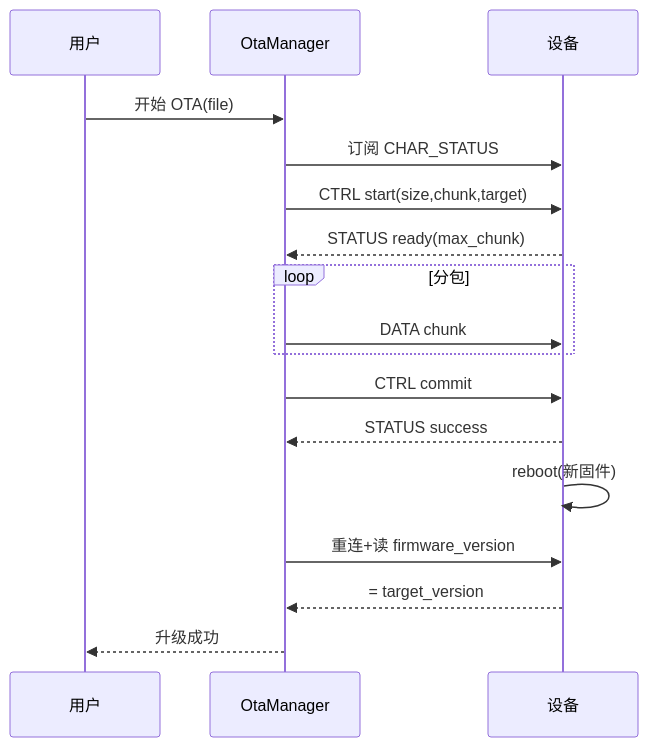
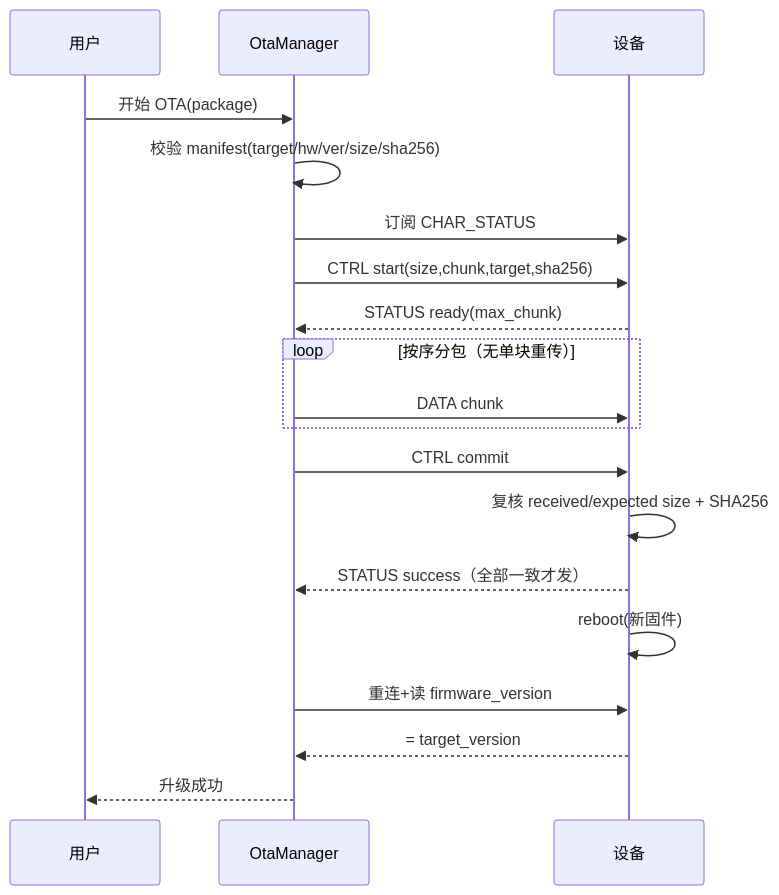
One commit to LuoYaoSheng/smart-ble changed diagram 18 of 28 in docs/target-product/06_TARGET_USER_FLOWS.md. Above: the diagram before and after it, drawn with Mermaid. The commit also changed other lines of this file and 48 other files, not shown here.

````diff
--- a/docs/target-product/06_TARGET_USER_FLOWS.md
+++ b/docs/target-product/06_TARGET_USER_FLOWS.md
@@ -392,19 +399,21 @@
 ```mermaid
 sequenceDiagram
   participant U as 用户
   participant OM as OtaManager
   participant DV as 设备
-  U->>OM: 开始 OTA(file)
+  U->>OM: 开始 OTA(package)
+  OM->>OM: 校验 manifest(target/hw/ver/size/sha256)
   OM->>DV: 订阅 CHAR_STATUS
-  OM->>DV: CTRL start(size,chunk,target)
+  OM->>DV: CTRL start(size,chunk,target,sha256)
   DV-->>OM: STATUS ready(max_chunk)
-  loop 分包
+  loop 按序分包（无单块重传）
     OM->>DV: DATA chunk
   end
   OM->>DV: CTRL commit
-  DV-->>OM: STATUS success
+  DV->>DV: 复核 received/expected size + SHA256
+  DV-->>OM: STATUS success（全部一致才发）
   DV->>DV: reboot(新固件)
   OM->>DV: 重连+读 firmware_version
   DV-->>OM: = target_version
   OM-->>U: 升级成功
 ```
````
